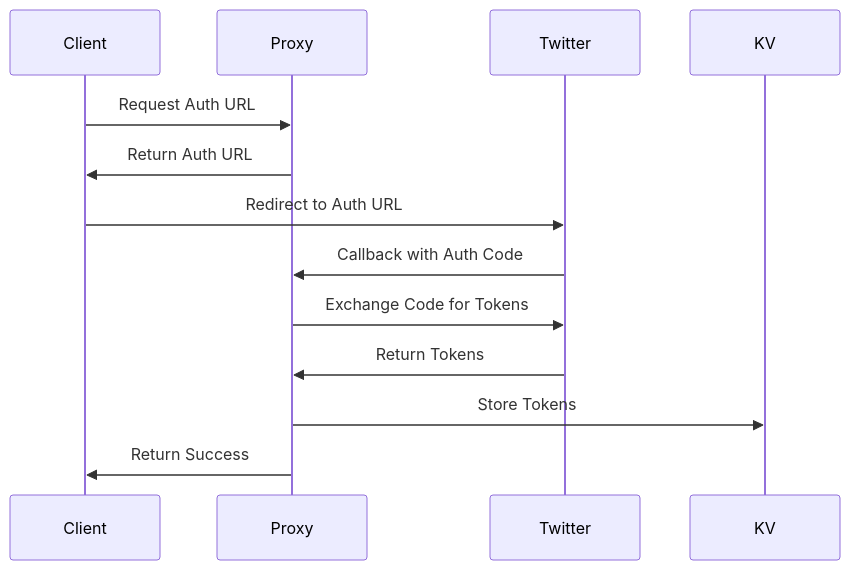
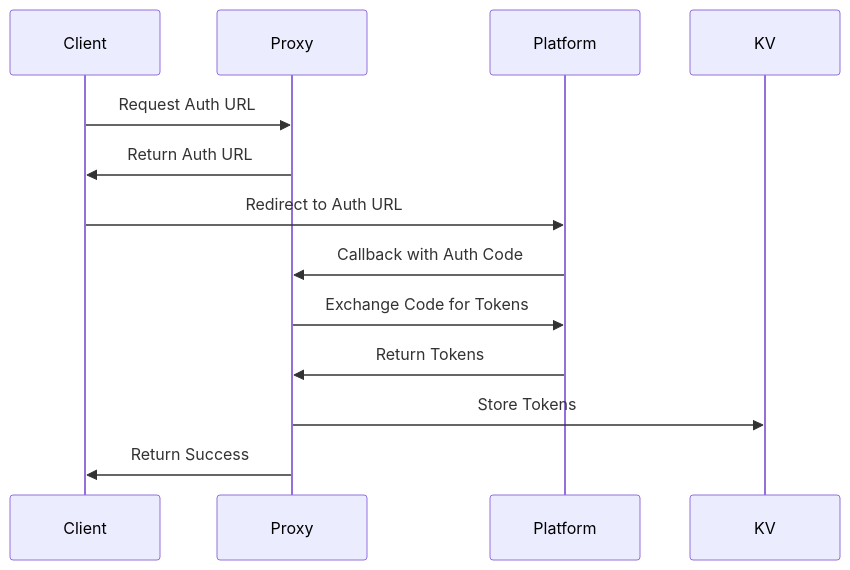
Before and after one commit to open-crosspost/open-crosspost-proxy-service: the fourth of 17 diagrams in memory-bank/systemPatterns.md, drawn with Mermaid. The commit also changed other lines of this file and 87 other files, not shown here.

````diff
--- a/memory-bank/systemPatterns.md
+++ b/memory-bank/systemPatterns.md
@@ -45,15 +60,15 @@
 ```mermaid
 sequenceDiagram
     participant Client
     participant Proxy
-    participant Twitter
+    participant Platform
     
     Client->>Proxy: Request Auth URL
     Proxy->>Client: Return Auth URL
-    Client->>Twitter: Redirect to Auth URL
-    Twitter->>Proxy: Callback with Auth Code
-    Proxy->>Twitter: Exchange Code for Tokens
-    Twitter->>Proxy: Return Tokens
+    Client->>Platform: Redirect to Auth URL
+    Platform->>Proxy: Callback with Auth Code
+    Proxy->>Platform: Exchange Code for Tokens
+    Platform->>Proxy: Return Tokens
     Proxy->>KV: Store Tokens
     Proxy->>Client: Return Success
 ```
````
